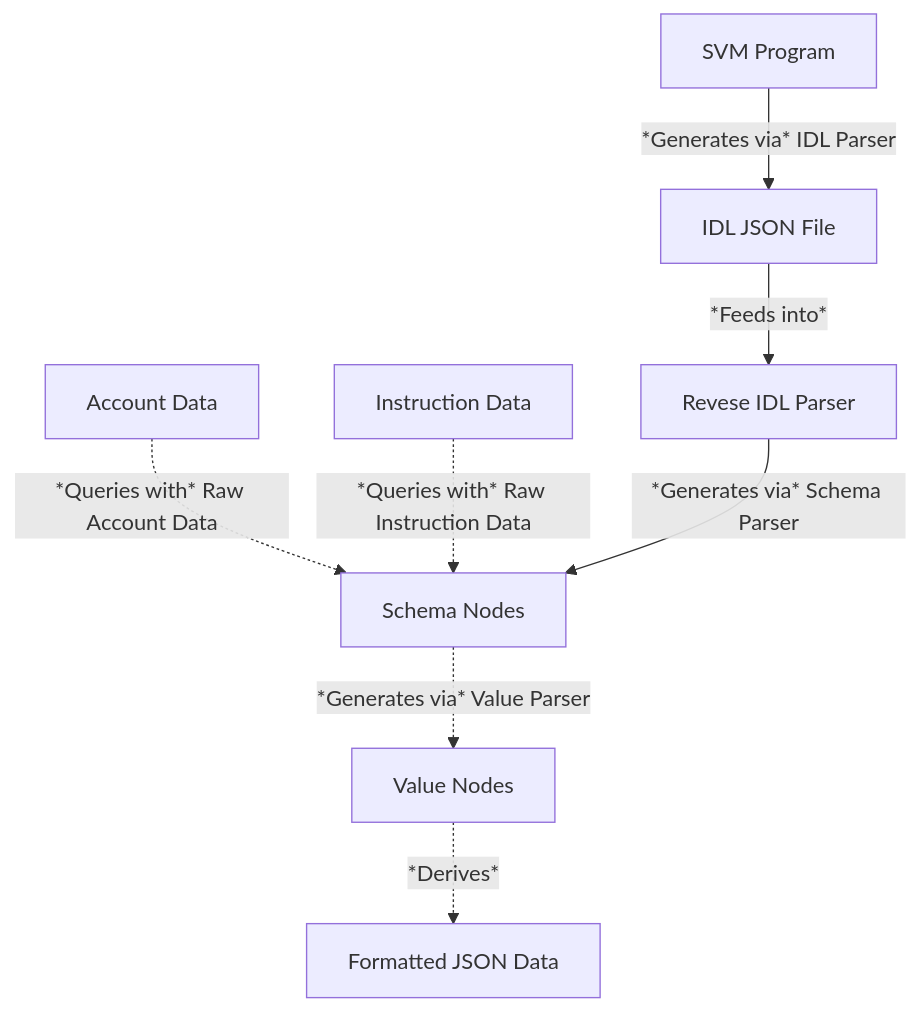
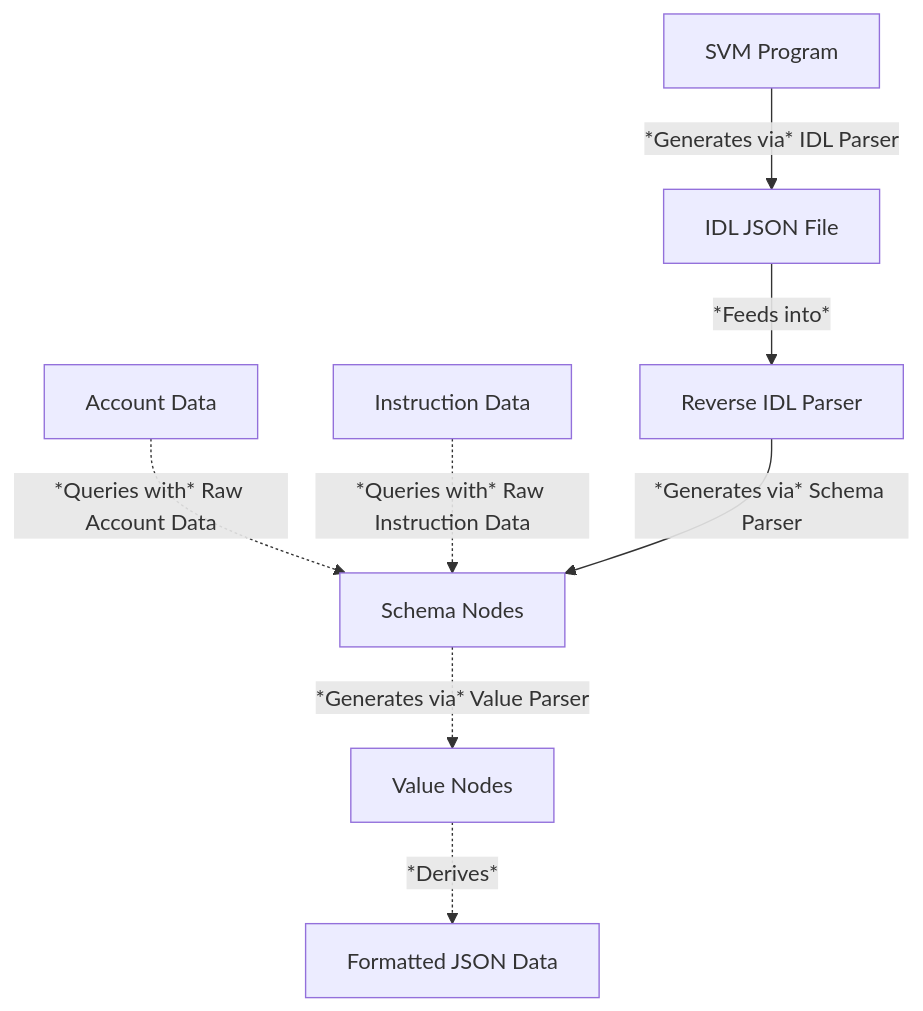
Before and after one commit to rangesecurity/reverse-idl-parser: the diagram in README.md, drawn with Mermaid.

````diff
--- a/README.md
+++ b/README.md
@@ -8,8 +8,8 @@
 ```mermaid
 flowchart TD
     A[SVM Program] -->|*Generates via* IDL Parser| B[IDL JSON File]
-    B  --> |*Feeds into*| C[Revese IDL Parser]
+    B  --> |*Feeds into*| C[Reverse IDL Parser]
     E[Account Data] -.-> |*Queries with* Raw Account Data| D 
     G[Instruction Data] -.-> |*Queries with* Raw Instruction Data| D
     C -->|*Generates via* Schema Parser| D[Schema Nodes] -.-> |*Generates via* Value Parser| F[Value Nodes] -.-> |*Derives*| H[Formatted JSON Data]  
 ```
````
